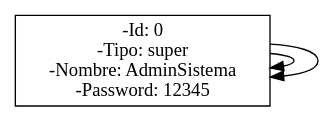
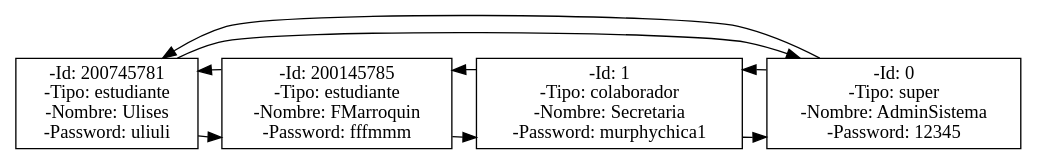
The diagram in Sistema_Asignacion/Usuarios.dot (cresb-49/PROYECTO_FINAL_EDD), drawn with Graphviz before and after one commit. The commit also changed 9 other files, not shown here.

```diff
--- a/Sistema_Asignacion/Usuarios.dot
+++ b/Sistema_Asignacion/Usuarios.dot
@@ -1,13 +1,22 @@
 digraph USUARIOS {
 node[shape = box,height=.1];
 
-nodeLC_USERAdminSistema[label = "-Id: 0
--Tipo: super
--Nombre: AdminSistema
--Password: 12345",group=1];
+nodeLC_USERUlises[label = "-Id: 200745781\n-Tipo: estudiante\n-Nombre: Ulises\n-Password: uliuli",group=1];
+nodeLC_USERFMarroquin[label = "-Id: 200145785\n-Tipo: estudiante\n-Nombre: FMarroquin\n-Password: fffmmm",group=1];
+nodeLC_USERSecretaria[label = "-Id: 1\n-Tipo: colaborador\n-Nombre: Secretaria\n-Password: murphychica1",group=1];
+nodeLC_USERAdminSistema[label = "-Id: 0\n-Tipo: super\n-Nombre: AdminSistema\n-Password: 12345",group=1];
 { rank = same;
+nodeLC_USERUlises;
+nodeLC_USERFMarroquin;
+nodeLC_USERSecretaria;
 nodeLC_USERAdminSistema;
 }
-nodeLC_USERAdminSistema -> nodeLC_USERAdminSistema;
-nodeLC_USERAdminSistema -> nodeLC_USERAdminSistema;
+nodeLC_USERUlises -> nodeLC_USERFMarroquin;
+nodeLC_USERUlises -> nodeLC_USERAdminSistema;
+nodeLC_USERFMarroquin -> nodeLC_USERSecretaria;
+nodeLC_USERFMarroquin -> nodeLC_USERUlises;
+nodeLC_USERSecretaria -> nodeLC_USERAdminSistema;
+nodeLC_USERSecretaria -> nodeLC_USERFMarroquin;
+nodeLC_USERAdminSistema -> nodeLC_USERUlises;
+nodeLC_USERAdminSistema -> nodeLC_USERSecretaria;
 }
```
